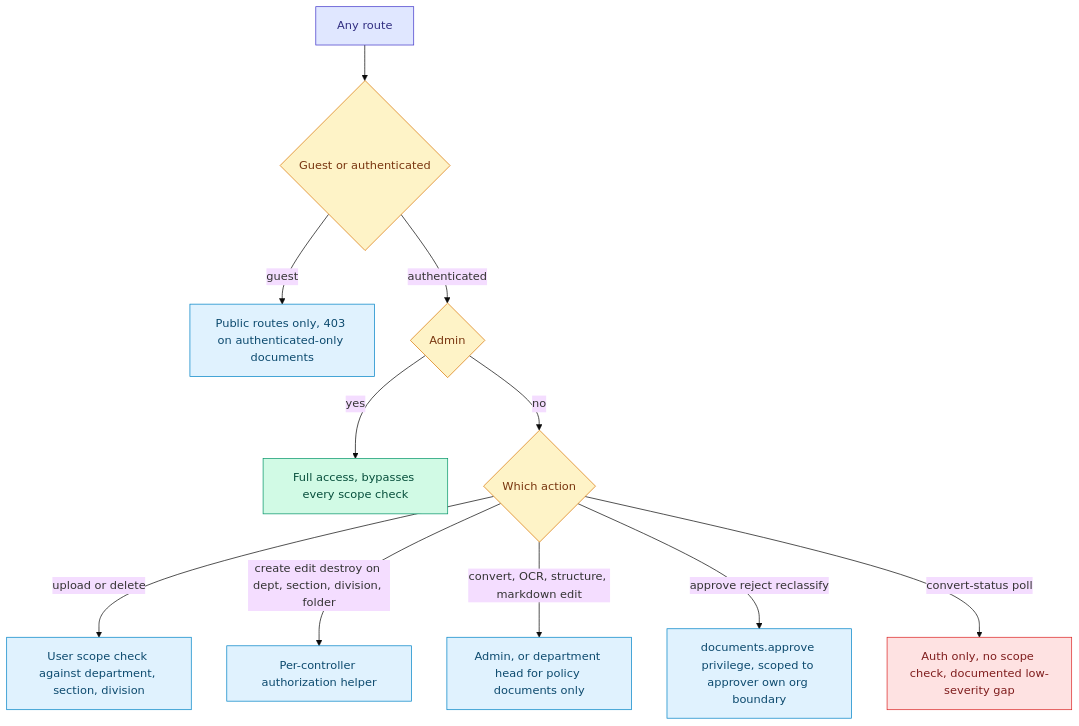
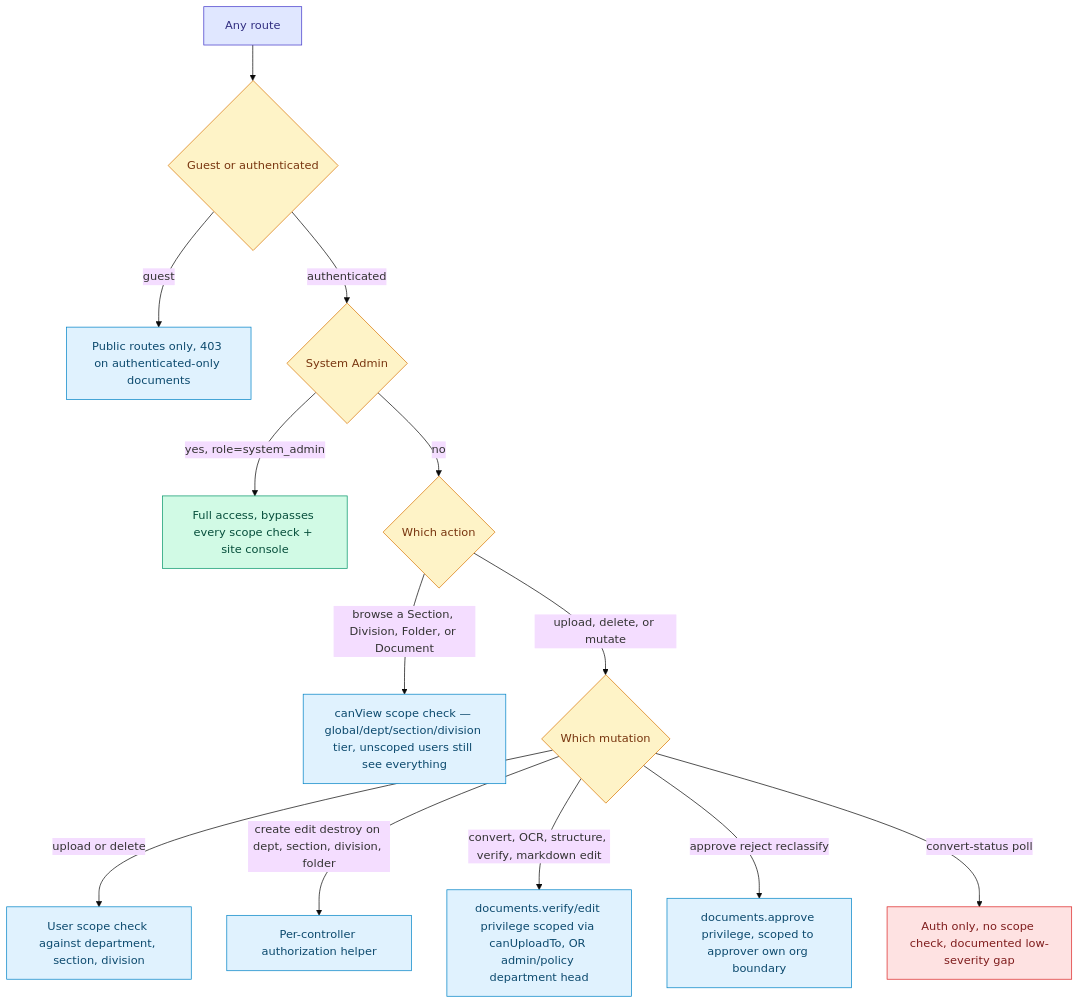
One commit to SubhanRaj/pdf-markdown-pipeline changed the fifth of 7 diagrams in APP_FLOW.md. Above: the diagram before and after it, drawn with Mermaid (base theme). The commit also changed other lines of this file and 31 other files, not shown here.

````diff
--- a/APP_FLOW.md
+++ b/APP_FLOW.md
@@ -171,25 +171,27 @@
 ```mermaid
 flowchart TD
     classDef entry fill:#e0e7ff,stroke:#4338ca,color:#312e81
     classDef decision fill:#fef3c7,stroke:#d97706,color:#78350f
     classDef good fill:#d1fae5,stroke:#059669,color:#064e3b
     classDef scoped fill:#e0f2fe,stroke:#0284c7,color:#0c4a6e
     classDef warn fill:#fee2e2,stroke:#dc2626,color:#7f1d1d
 
     R[Any route] --> A{Guest or authenticated}
     A -->|guest| G[Public routes only, 403 on authenticated-only documents]
-    A -->|authenticated| B{Admin}
-    B -->|yes| ALL[Full access, bypasses every scope check]
-    B -->|no| C{Which action}
+    A -->|authenticated| B{System Admin}
+    B -->|yes, role=system_admin| ALL[Full access, bypasses every scope check + site console]
+    B -->|no| V{Which action}
+    V -->|browse a Section, Division, Folder, or Document| VS[canView scope check — global/dept/section/division tier, unscoped users still see everything]
+    V -->|upload, delete, or mutate| C{Which mutation}
     C -->|upload or delete| D[User scope check against department, section, division]
     C -->|create edit destroy on dept, section, division, folder| E[Per-controller authorization helper]
-    C -->|convert, OCR, structure, markdown edit| F[Admin, or department head for policy documents only]
+    C -->|convert, OCR, structure, verify, markdown edit| F[documents.verify/edit privilege scoped via canUploadTo, OR admin/policy department head]
     C -->|approve reject reclassify| Gp[documents.approve privilege, scoped to approver own org boundary]
     C -->|convert-status poll| H[Auth only, no scope check, documented low-severity gap]
 
     class R entry
-    class A,B,C decision
+    class A,B,V,C decision
     class ALL good
-    class G,D,E,F,Gp scoped
+    class G,D,E,F,Gp,VS scoped
     class H warn
 ```
````
